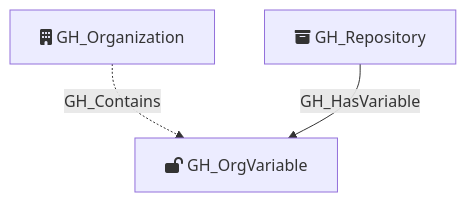
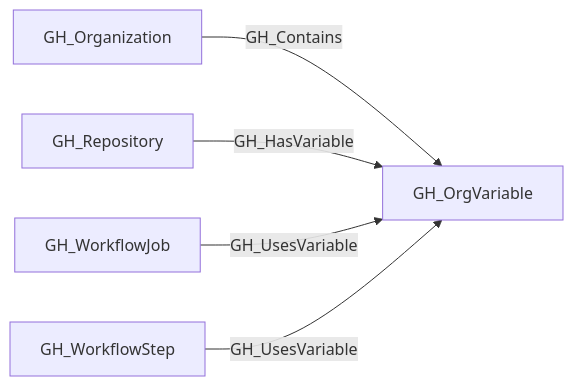
The second of 2 diagrams in docs/opengraph/extensions/github/nodes/gh_orgvariable.mdx (SpecterOps/bloodhound-docs), drawn with Mermaid before and after one commit. The commit also changed other lines of this file and 292 other files, not shown here.

````diff
--- a/docs/opengraph/extensions/github/nodes/gh_orgvariable.mdx
+++ b/docs/opengraph/extensions/github/nodes/gh_orgvariable.mdx
@@ -43,10 +50,13 @@
 ```mermaid
-flowchart TD
-    GH_OrgVariable[fa:fa-lock-open GH_OrgVariable]
-    GH_Organization[fa:fa-building GH_Organization]
-    GH_Repository[fa:fa-box-archive GH_Repository]
+flowchart LR
 
-
-    GH_Organization -.->|GH_Contains| GH_OrgVariable
-    GH_Repository -->|GH_HasVariable| GH_OrgVariable
+    GH_Organization["GH_Organization"]
+    GH_OrgVariable["GH_OrgVariable"]
+    GH_Repository["GH_Repository"]
+    GH_WorkflowJob["GH_WorkflowJob"]
+    GH_WorkflowStep["GH_WorkflowStep"]
+    GH_Organization -- GH_Contains --> GH_OrgVariable
+    GH_Repository -- GH_HasVariable --> GH_OrgVariable
+    GH_WorkflowJob -- GH_UsesVariable --> GH_OrgVariable
+    GH_WorkflowStep -- GH_UsesVariable --> GH_OrgVariable
 ```
````
